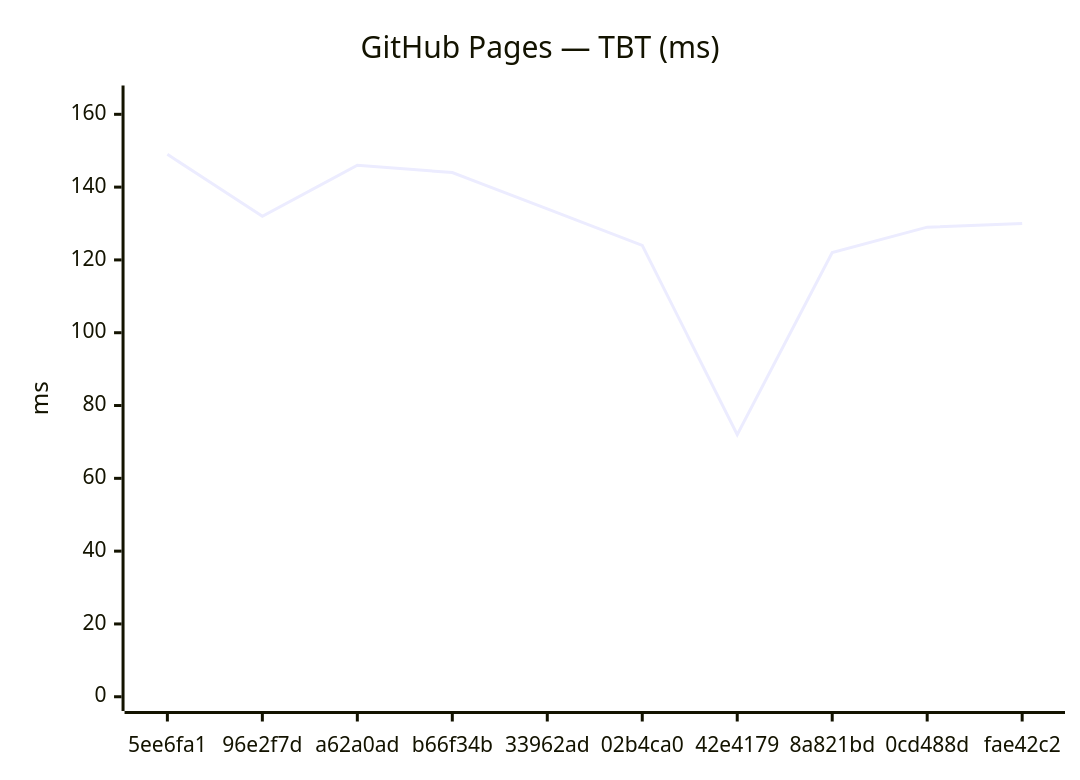
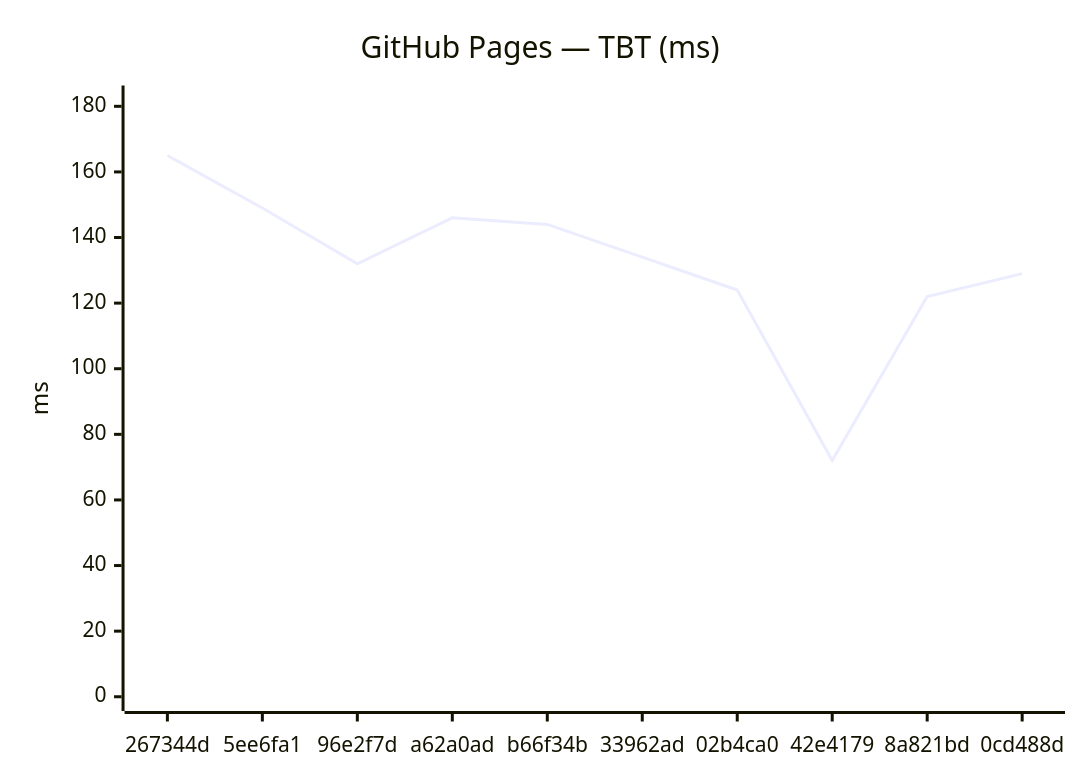
Before and after one commit to Metaheurist/Rianell: the fourth of 18 diagrams in benchmarks/compare.md, drawn with Mermaid. The commit also changed other lines of this file and 11 other files, not shown here.

````diff
--- a/benchmarks/compare.md
+++ b/benchmarks/compare.md
@@ -61,7 +61,7 @@
 ```mermaid
 xychart-beta
     title "GitHub Pages — TBT (ms)"
-    x-axis ["5ee6fa1", "96e2f7d", "a62a0ad", "b66f34b", "33962ad", "02b4ca0", "42e4179", "8a821bd", "0cd488d", "fae42c2"]
-    y-axis "ms" 0 --> 164
-    line [149, 132, 146, 144, 134, 124, 72, 122, 129, 130]
+    x-axis ["267344d", "5ee6fa1", "96e2f7d", "a62a0ad", "b66f34b", "33962ad", "02b4ca0", "42e4179", "8a821bd", "0cd488d"]
+    y-axis "ms" 0 --> 182
+    line [165, 149, 132, 146, 144, 134, 124, 72, 122, 129]
 ```
````
